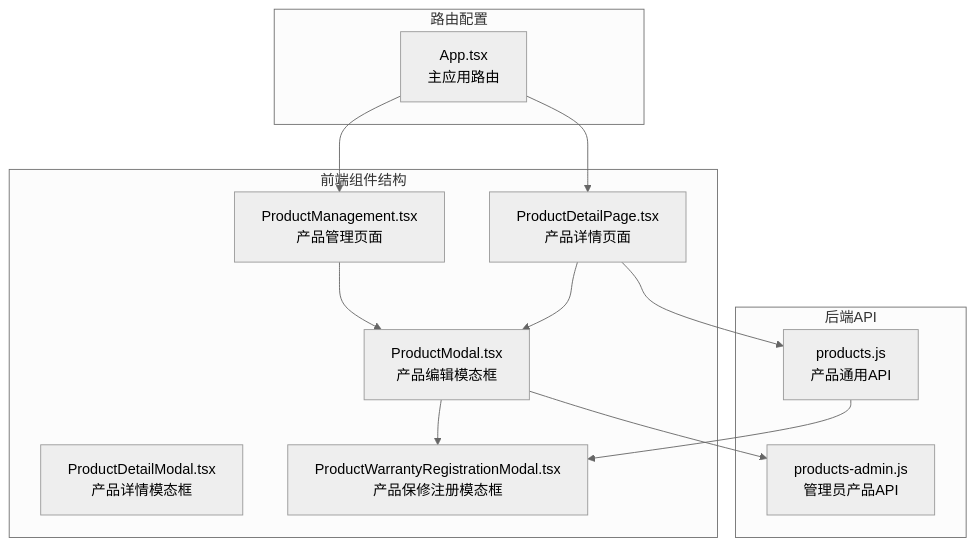
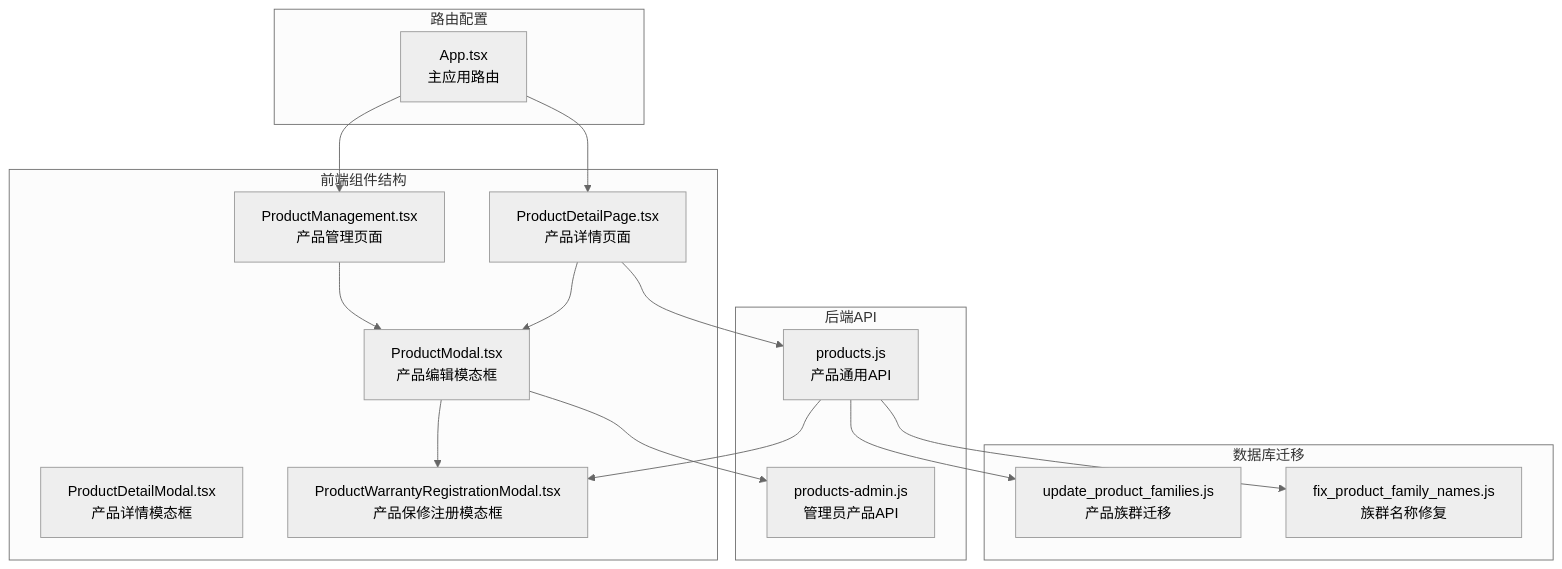
One commit to CubeEdge/Longhorn changed the first of 19 diagrams in .qoder/repowiki/zh/content/前端组件架构/产品详情页面组件/产品编辑模态框.md. Above: the diagram before and after it, drawn with Mermaid (neutral theme). The commit also changed other lines of this file and 118 other files, not shown here.

````diff
--- a/.qoder/repowiki/zh/content/前端组件架构/产品详情页面组件/产品编辑模态框.md
+++ b/.qoder/repowiki/zh/content/前端组件架构/产品详情页面组件/产品编辑模态框.md
@@ -46,25 +50,31 @@
 ```mermaid
 graph TB
 subgraph "前端组件结构"
 PM[ProductManagement.tsx<br/>产品管理页面]
 PD[ProductDetailPage.tsx<br/>产品详情页面]
 PMD[ProductModal.tsx<br/>产品编辑模态框]
 PDM[ProductDetailModal.tsx<br/>产品详情模态框]
 WRM[ProductWarrantyRegistrationModal.tsx<br/>产品保修注册模态框]
 end
 subgraph "路由配置"
 APP[App.tsx<br/>主应用路由]
 end
 subgraph "后端API"
 PA[products-admin.js<br/>管理员产品API]
 PS[products.js<br/>产品通用API]
 end
+subgraph "数据库迁移"
+MIG1[update_product_families.js<br/>产品族群迁移]
+MIG2[fix_product_family_names.js<br/>族群名称修复]
+end
 PM --> PMD
 PD --> PMD
 APP --> PM
 APP --> PD
 PMD --> PA
 PMD --> WRM
 PD --> PS
 PS --> WRM
+PS --> MIG1
+PS --> MIG2
 ```
````
